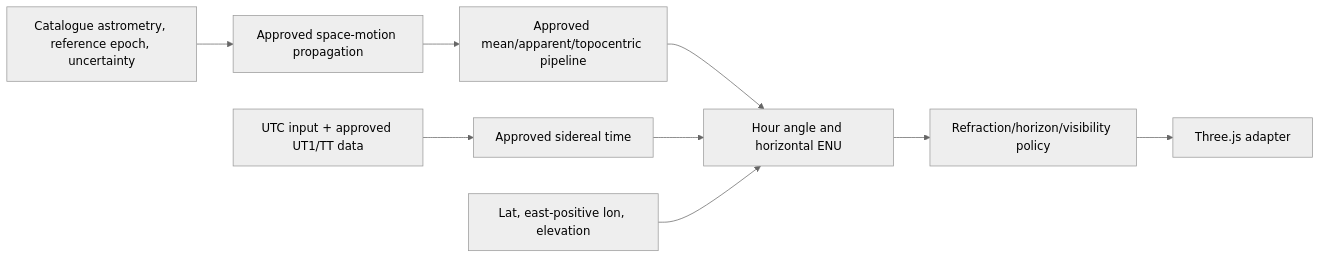
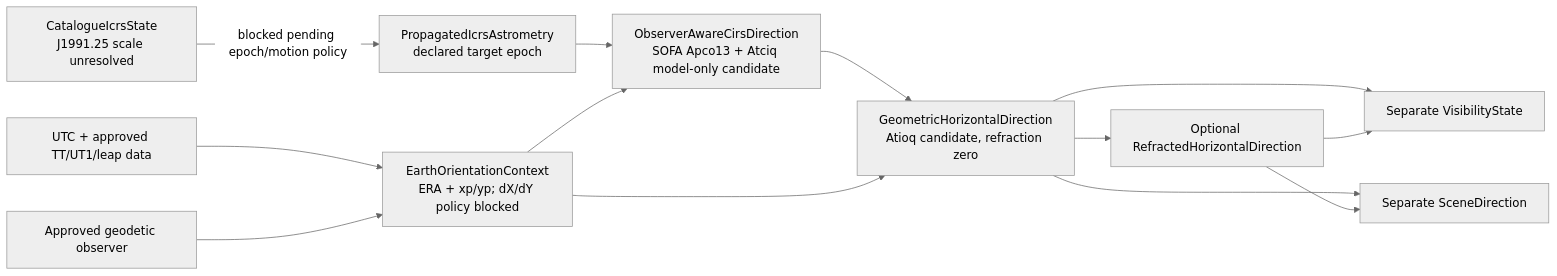
One commit to Banaf3/UFUQ changed the diagram in docs/ASTRONOMY_SPEC.md. Above: the diagram before and after it, drawn with Mermaid (neutral theme). The commit also changed other lines of this file and 12 other files, not shown here.

````diff
--- a/docs/ASTRONOMY_SPEC.md
+++ b/docs/ASTRONOMY_SPEC.md
@@ -91,11 +104,15 @@
 ```mermaid
 flowchart LR
-  CAT[Catalogue astrometry, reference epoch, uncertainty] --> SPACE[Approved space-motion propagation]
-  SPACE --> EQ[Approved mean/apparent/topocentric pipeline]
-  UTC[UTC input + approved UT1/TT data] --> ST[Approved sidereal time]
-  EQ --> HOR[Hour angle and horizontal ENU]
-  ST --> HOR
-  OBS[Lat, east-positive lon, elevation] --> HOR
-  HOR --> POLICY[Refraction/horizon/visibility policy]
-  POLICY --> SCENE[Three.js adapter]
+  CAT[CatalogueIcrsState<br/>J1991.25 scale unresolved] -->|blocked pending epoch/motion policy| PROP[PropagatedIcrsAstrometry<br/>declared target epoch]
+  PROP --> CIRS[ObserverAwareCirsDirection<br/>SOFA Apco13 + Atciq model-only candidate]
+  TIME[UTC + approved TT/UT1/leap data] --> EOP[EarthOrientationContext<br/>ERA + xp/yp; dX/dY policy blocked]
+  OBS[Approved geodetic observer] --> EOP
+  EOP --> CIRS
+  CIRS --> GEO[GeometricHorizontalDirection<br/>Atioq candidate, refraction zero]
+  EOP --> GEO
+  GEO --> REF[Optional RefractedHorizontalDirection]
+  GEO --> VIS[Separate VisibilityState]
+  REF --> VIS
+  GEO --> SCENE[Separate SceneDirection]
+  REF --> SCENE
 ```
````
